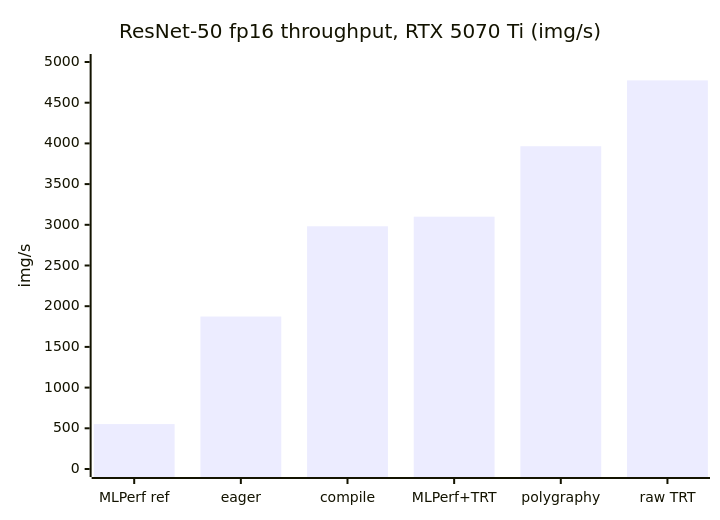
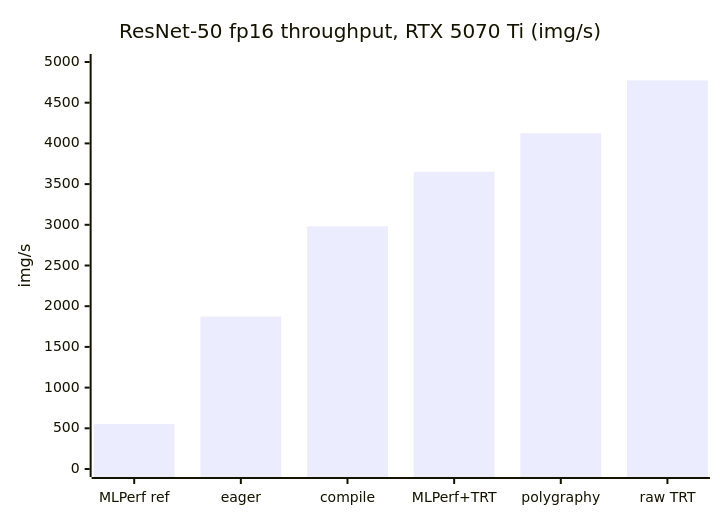
The diagram in docs/results.md (kurtvalcorza/inference-bench), drawn with Mermaid before and after one commit. The commit also changed other lines of this file and 3 other files, not shown here.

````diff
--- a/docs/results.md
+++ b/docs/results.md
@@ -31,7 +31,7 @@
 ```mermaid
 xychart-beta
     title "ResNet-50 fp16 throughput, RTX 5070 Ti (img/s)"
     x-axis ["MLPerf ref", "eager", "compile", "MLPerf+TRT", "polygraphy", "raw TRT"]
     y-axis "img/s" 0 --> 5000
-    bar [552, 1873, 2982, 3100, 3965, 4774]
+    bar [552, 1873, 2982, 3652, 4125, 4774]
 ```
````
